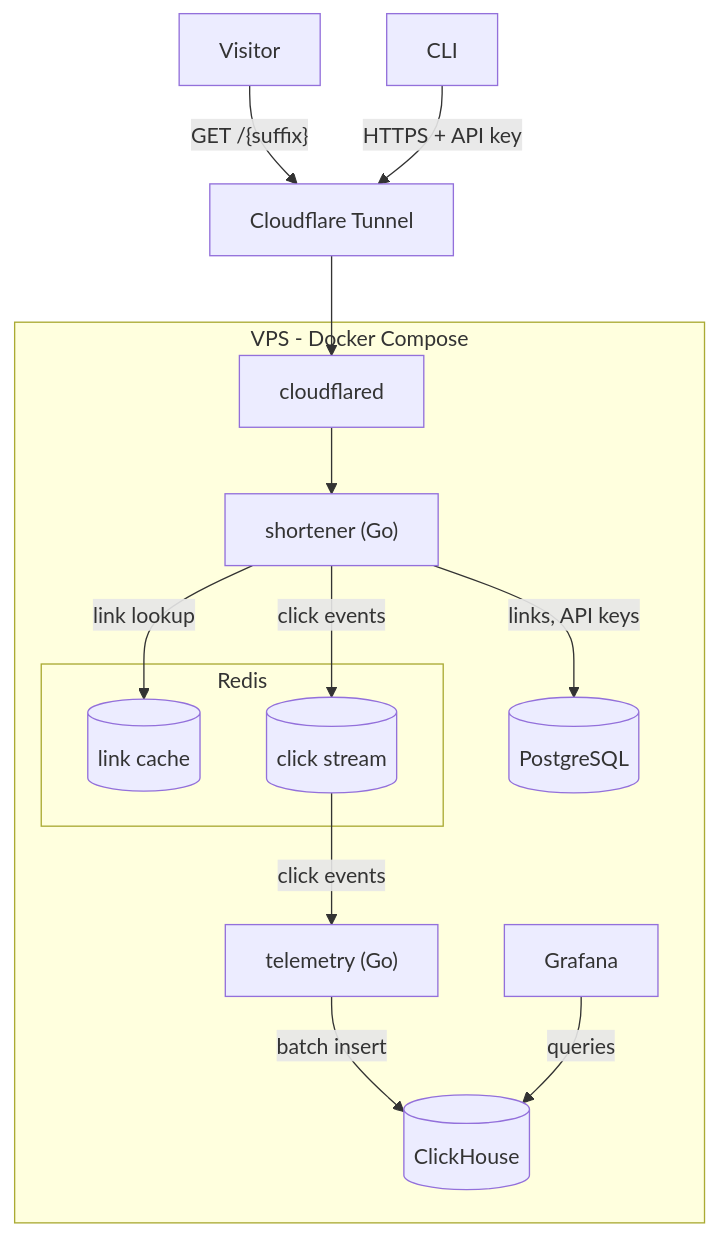
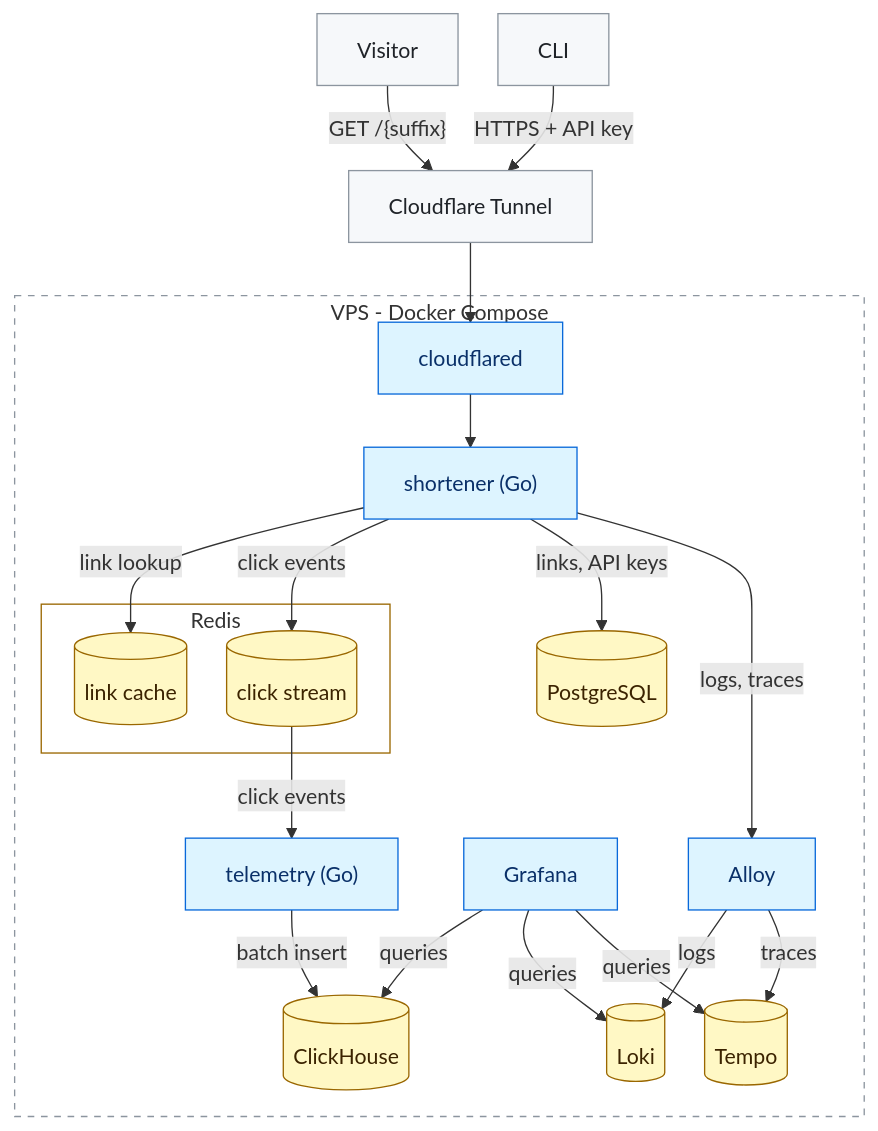
One commit to marmag0/just-short-it changed the diagram in README.md. Above: the diagram before and after it, drawn with Mermaid. The commit also changed other lines of this file and 11 other files, not shown here.

````diff
--- a/README.md
+++ b/README.md
@@ -10,19 +10,39 @@
 ```mermaid
+---
+config:
+  flowchart:
+    nodeSpacing: 30
+    rankSpacing: 40
+---
 flowchart TD
     visitor[Visitor] -->|"GET /{suffix}"| cf[Cloudflare Tunnel]
     cli[CLI] -->|"HTTPS + API key"| cf
     cf --> tunnel[cloudflared]
     subgraph vps["VPS - Docker Compose"]
         tunnel --> shortener["shortener (Go)"]
         subgraph redis["Redis"]
             cache[(link cache)]
             stream[(click stream)]
         end
         shortener -->|"link lookup"| cache
+        shortener -->|"click events"| stream
         shortener -->|"links, API keys"| pg[(PostgreSQL)]
-        shortener -->|"click events"| stream
         stream -->|"click events"| telemetry["telemetry (Go)"]
         telemetry -->|"batch insert"| ch[(ClickHouse)]
         grafana[Grafana] -->|"queries"| ch
+        shortener -->|"logs, traces"| alloy[Alloy]
+        alloy -->|"logs"| loki[(Loki)]
+        alloy -->|"traces"| tempo[(Tempo)]
+        grafana -->|"queries"| loki
+        grafana -->|"queries"| tempo
     end
+
+    classDef external fill:#f6f8fa,stroke:#8c959f,color:#1f2328
+    classDef service fill:#ddf4ff,stroke:#0969da,color:#0a3069
+    classDef storage fill:#fff8c5,stroke:#9a6700,color:#3b2300
+    class visitor,cli,cf external
+    class tunnel,shortener,telemetry,grafana,alloy service
+    class cache,stream,pg,ch,loki,tempo storage
+    style vps fill:none,stroke:#8c959f,stroke-dasharray: 5 5
+    style redis fill:none,stroke:#9a6700
 ```
````
